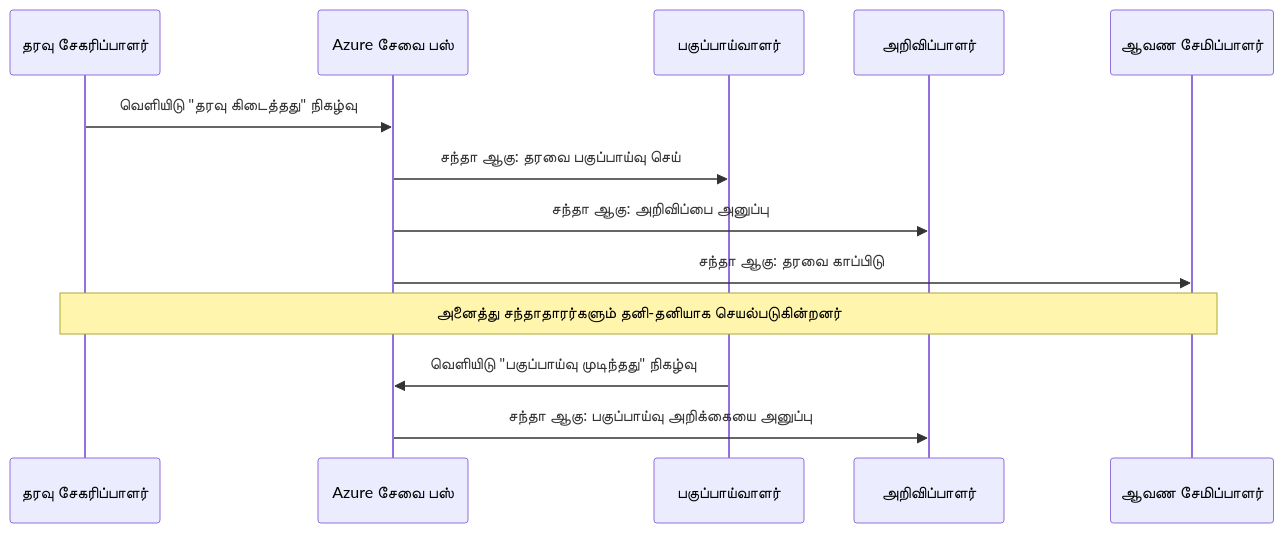
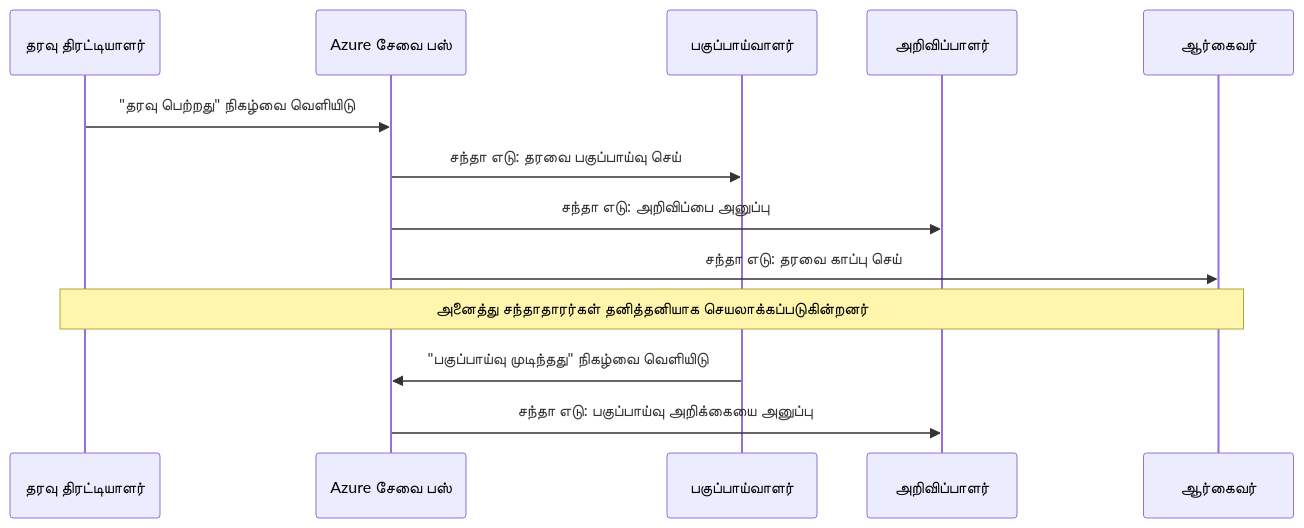
Before and after one commit to microsoft/AZD-for-beginners: the third of 5 diagrams in translations/ta/docs/chapter-06-pre-deployment/coordination-patterns.md, drawn with Mermaid. The commit also changed other lines of this file and 101 other files, not shown here.

````diff
--- a/translations/ta/docs/chapter-06-pre-deployment/coordination-patterns.md
+++ b/translations/ta/docs/chapter-06-pre-deployment/coordination-patterns.md
@@ -192,18 +185,18 @@
 ```mermaid
 sequenceDiagram
-    participant Agent1 as தரவு சேகரிப்பாளர்
+    participant Agent1 as தரவு திரட்டியாளர்
     participant EventBus as Azure சேவை பஸ்
     participant Agent2 as பகுப்பாய்வாளர்
     participant Agent3 as அறிவிப்பாளர்
-    participant Agent4 as ஆவண சேமிப்பாளர்
+    participant Agent4 as ஆர்கைவர்
     
-    Agent1->>EventBus: வெளியிடு "தரவு கிடைத்தது" நிகழ்வு
-    EventBus->>Agent2: சந்தா ஆகு: தரவை பகுப்பாய்வு செய்
-    EventBus->>Agent3: சந்தா ஆகு: அறிவிப்பை அனுப்பு
-    EventBus->>Agent4: சந்தா ஆகு: தரவை காப்பிடு
+    Agent1->>EventBus: "தரவு பெற்றது" நிகழ்வை வெளியிடு
+    EventBus->>Agent2: சந்தா எடு: தரவை பகுப்பாய்வு செய்
+    EventBus->>Agent3: சந்தா எடு: அறிவிப்பை அனுப்பு
+    EventBus->>Agent4: சந்தா எடு: தரவை காப்பு செய்
     
-    Note over Agent1,Agent4: அனைத்து சந்தாதாரர்களும் தனி-தனியாக செயல்படுகின்றனர்
+    Note over Agent1,Agent4: அனைத்து சந்தாதாரர்கள் தனித்தனியாக செயலாக்கப்படுகின்றனர்
     
-    Agent2->>EventBus: வெளியிடு "பகுப்பாய்வு முடிந்தது" நிகழ்வு
-    EventBus->>Agent3: சந்தா ஆகு: பகுப்பாய்வு அறிக்கையை அனுப்பு
+    Agent2->>EventBus: "பகுப்பாய்வு முடிந்தது" நிகழ்வை வெளியிடு
+    EventBus->>Agent3: சந்தா எடு: பகுப்பாய்வு அறிக்கையை அனுப்பு
 ```
````
